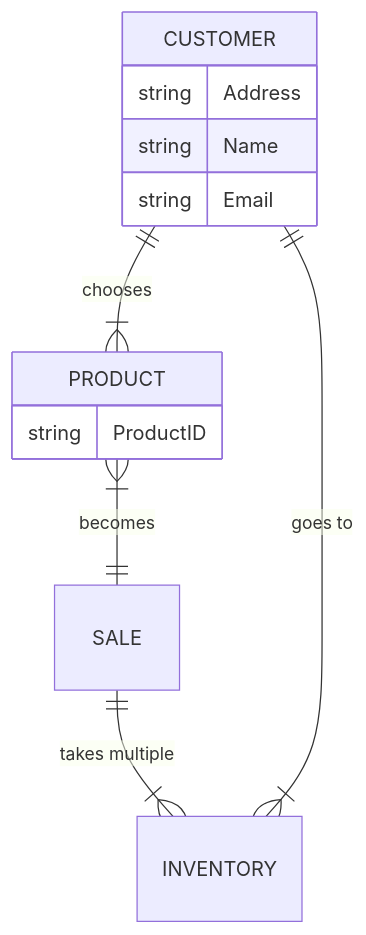
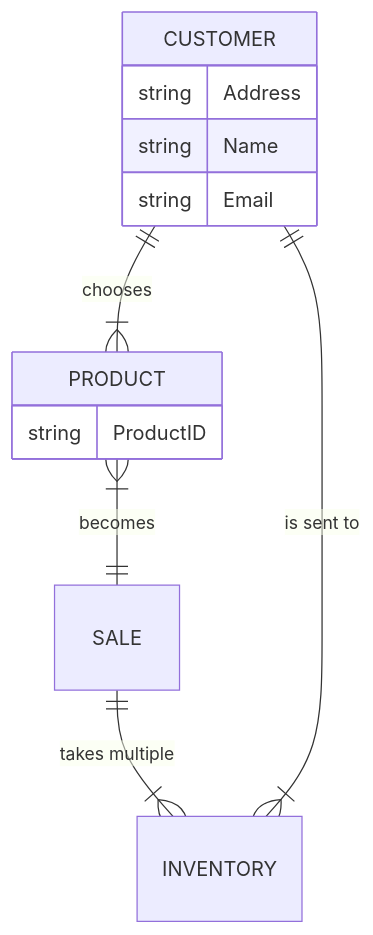
Before and after one commit to rose-wt/rose-wt.github.io: the diagram in NikeStore_ERD.md, drawn with Mermaid. The commit also changed other lines of this file, not shown here.

````diff
--- a/NikeStore_ERD.md
+++ b/NikeStore_ERD.md
@@ -1,15 +1,15 @@
 ```mermaid
 erDiagram
    CUSTOMER ||--|{ PRODUCT : chooses
     CUSTOMER {
         string Address
         string Name
         string Email
     }
     PRODUCT |{--|| SALE : becomes
     PRODUCT {
         string ProductID
     }
     SALE ||--|{ INVENTORY : "takes multiple"
-    INVENTORY |{--|| CUSTOMER : "goes to"
+    INVENTORY |{--|| CUSTOMER : "is sent to"
 ```
````
